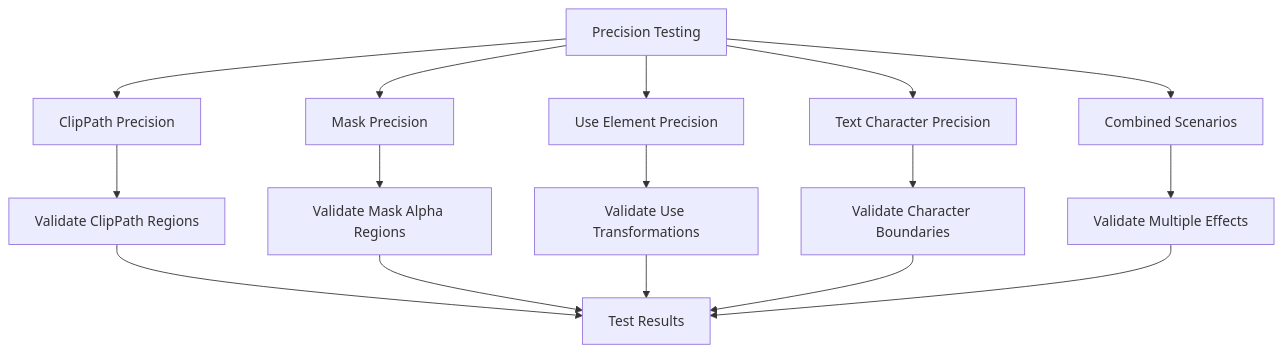
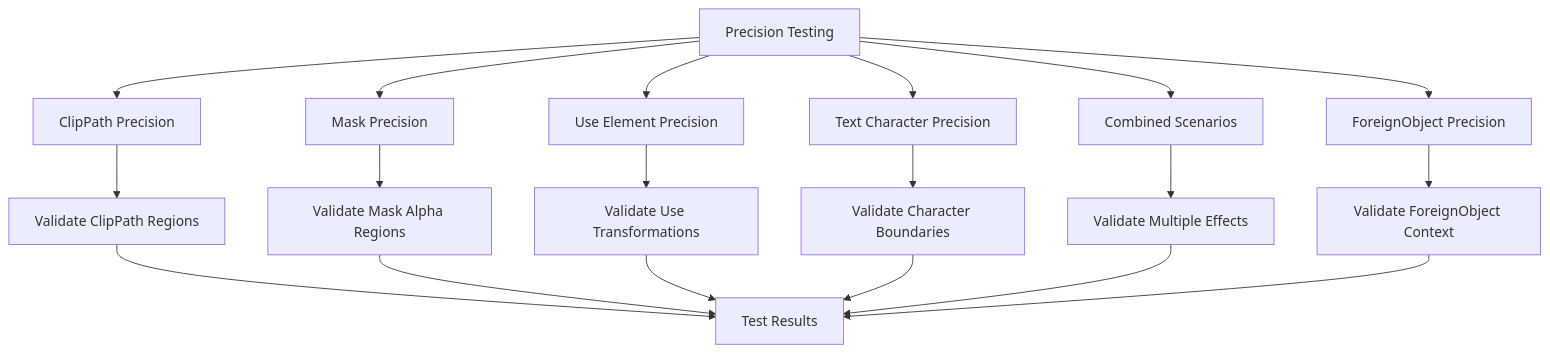
One commit to denisnadey/flutter_full_svg_support changed diagram 16 of 18 in .qoder/repowiki/en/content/Animated SVG Support/Advanced Animation Features/Advanced Hit Testing Features.md. Above: the diagram before and after it, drawn with Mermaid. The commit also changed other lines of this file and 46 other files, not shown here.

First line of the commit message:
feat(advanced-animation): enhance foreign object support and smil timing precision

````diff
--- a/.qoder/repowiki/en/content/Animated SVG Support/Advanced Animation Features/Advanced Hit Testing Features.md
+++ b/.qoder/repowiki/en/content/Animated SVG Support/Advanced Animation Features/Advanced Hit Testing Features.md
@@ -693,18 +704,21 @@
 ```mermaid
 flowchart TD
 PrecisionTest["Precision Testing"] --> ClipPathTest["ClipPath Precision"]
 PrecisionTest --> MaskTest["Mask Precision"]
 PrecisionTest --> UseTest["Use Element Precision"]
 PrecisionTest --> TextPrecision["Text Character Precision"]
 PrecisionTest --> CombinedTest["Combined Scenarios"]
+PrecisionTest --> ForeignObjectTest["ForeignObject Precision"]
 ClipPathTest --> ClipPathValidation["Validate ClipPath Regions"]
 MaskTest --> MaskValidation["Validate Mask Alpha Regions"]
 UseTest --> UseValidation["Validate Use Transformations"]
 TextPrecision --> TextValidation["Validate Character Boundaries"]
 CombinedTest --> CombinedValidation["Validate Multiple Effects"]
+ForeignObjectTest --> FOValidation["Validate ForeignObject Context"]
 ClipPathValidation --> TestResult["Test Results"]
 MaskValidation --> TestResult
 UseValidation --> TestResult
 TextValidation --> TestResult
 CombinedValidation --> TestResult
+FOValidation --> TestResult
 ```
````
